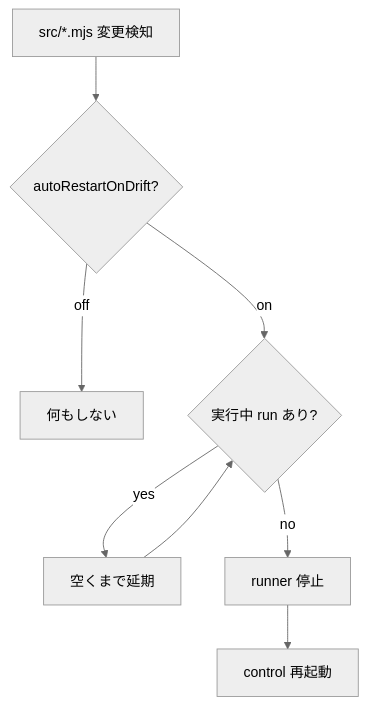
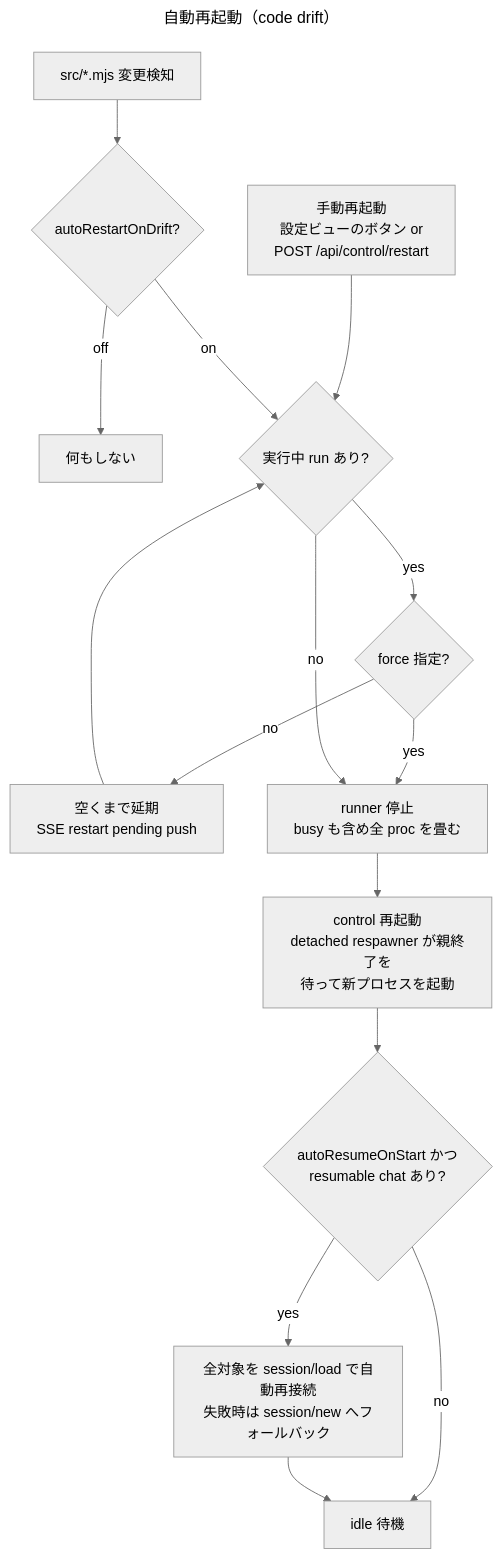
The tenth of 10 diagrams in README.md (yamamoto-ryuzo/kasugai_agent), drawn with Mermaid (neutral theme) before and after one commit. The commit also changed other lines of this file and 58 other files, not shown here.

First line of the commit message:
パネル機能拡充（i18n・マニュアル配信・git操作・マルチリポジトリ）と src 責務分割、mermaid 図の正本を diagrams/*.mmd に集約

````diff
--- a/README.md
+++ b/README.md
@@ -363,10 +706,20 @@
 ```mermaid
+---
+title: 自動再起動（code drift）
+---
 flowchart TD
     WATCH[src/*.mjs 変更検知] --> EN{autoRestartOnDrift?}
     EN -->|off| END[何もしない]
+    MAN[手動再起動<br/>設定ビューのボタン or<br/>POST /api/control/restart] --> BUSY
     EN -->|on| BUSY{実行中 run あり?}
-    BUSY -->|yes| DEFER[空くまで延期]
-    BUSY -->|no| STOP[runner 停止]
+    BUSY -->|yes| FORCE{force 指定?}
+    FORCE -->|no| DEFER[空くまで延期<br/>SSE restart pending push]
+    FORCE -->|yes| STOP[runner 停止<br/>busy も含め全 proc を畳む]
+    BUSY -->|no| STOP
     DEFER --> BUSY
-    STOP --> START[control 再起動]
+    STOP --> START[control 再起動<br/>detached respawner が親終了を<br/>待って新プロセスを起動]
+    START --> RSM{autoResumeOnStart かつ<br/>resumable chat あり?}
+    RSM -->|yes| LOAD[全対象を session/load で自動再接続<br/>失敗時は session/new へフォールバック]
+    RSM -->|no| READY[idle 待機]
+    LOAD --> READY
 ```
````
